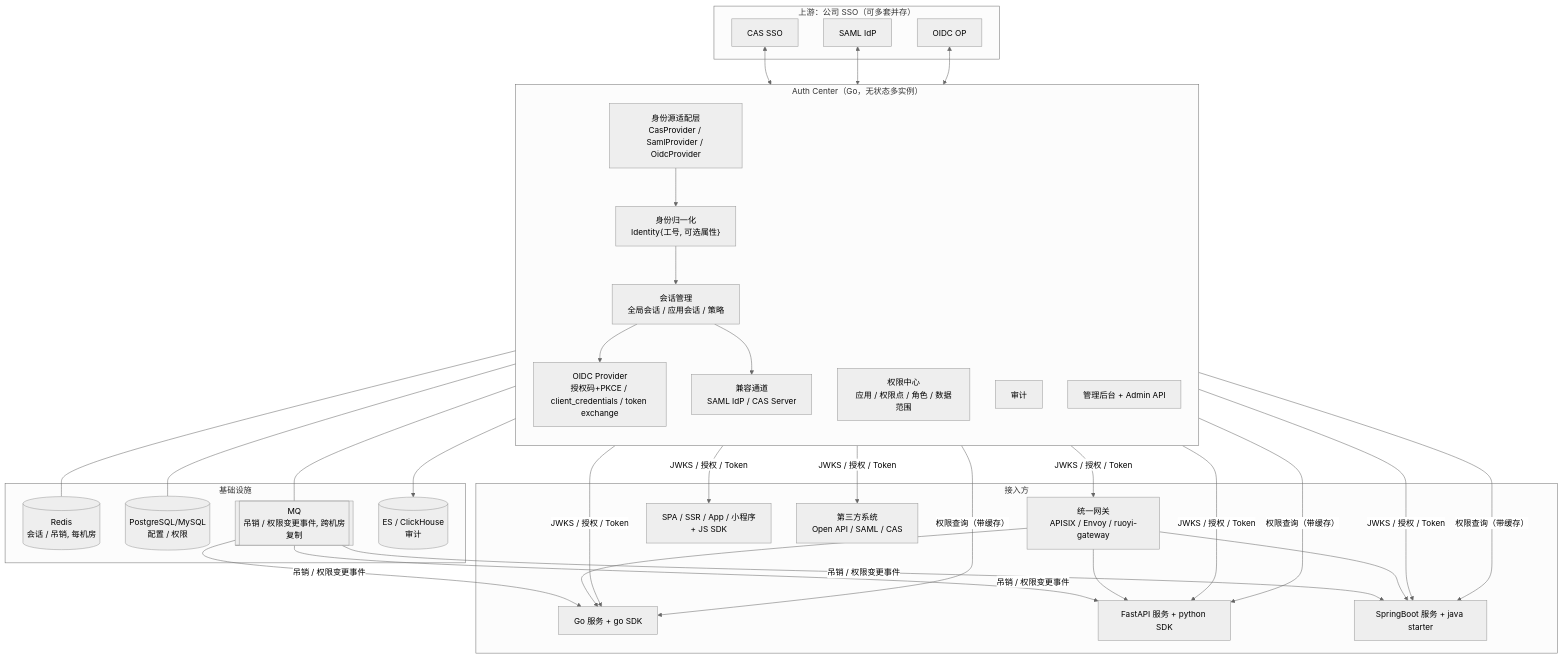
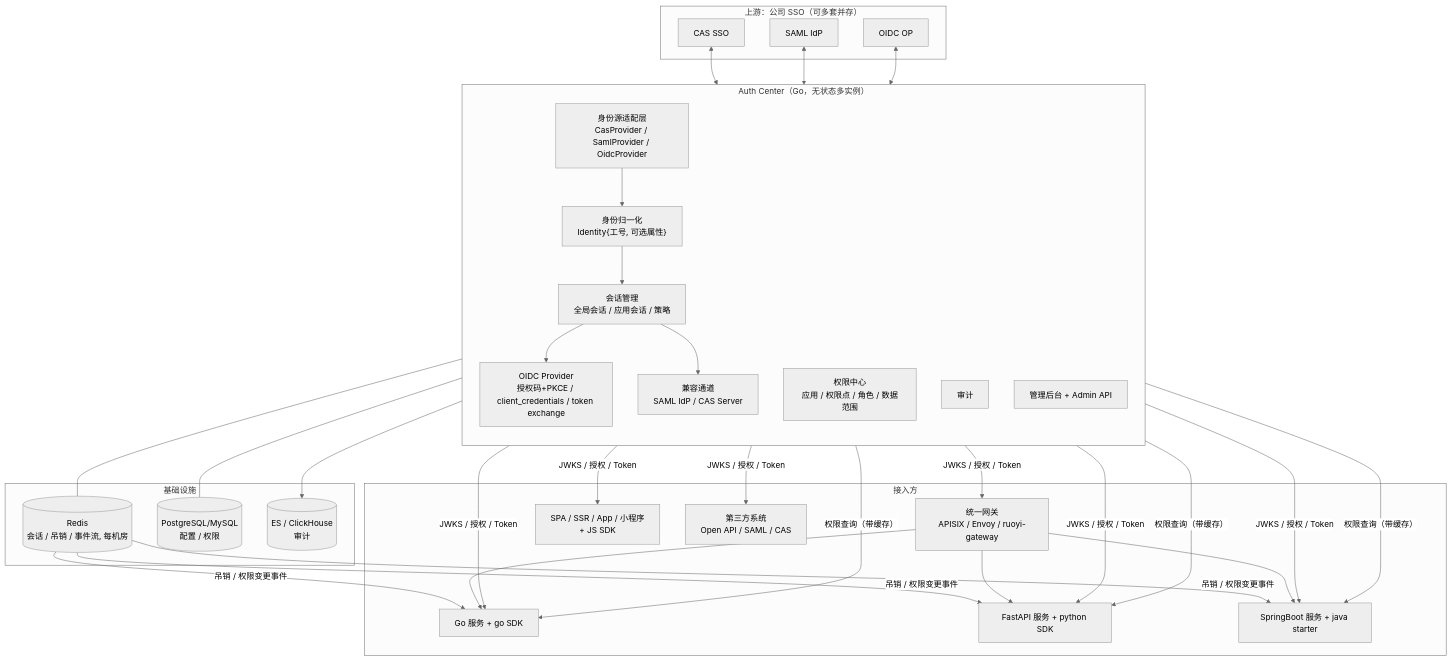
One commit to ygao0928/unified-auth changed the first of 6 diagrams in docs/design.md. Above: the diagram before and after it, drawn with Mermaid (neutral theme). The commit also changed other lines of this file and 4 other files, not shown here.

````diff
--- a/docs/design.md
+++ b/docs/design.md
@@ -57,48 +57,47 @@
 ```mermaid
 flowchart TB
     subgraph Upstream["上游：公司 SSO（可多套并存）"]
         CAS[CAS SSO]
         SAML[SAML IdP]
         OIDC[OIDC OP]
     end
 
     subgraph AC["Auth Center（Go，无状态多实例）"]
         direction TB
         IDP["身份源适配层<br/>CasProvider / SamlProvider / OidcProvider"]
         ID["身份归一化<br/>Identity{工号, 可选属性}"]
         SESS["会话管理<br/>全局会话 / 应用会话 / 策略"]
         OP["OIDC Provider<br/>授权码+PKCE / client_credentials / token exchange"]
         COMPAT["兼容通道<br/>SAML IdP / CAS Server"]
         PERM["权限中心<br/>应用 / 权限点 / 角色 / 数据范围"]
         AUDIT["审计"]
         ADMIN["管理后台 + Admin API"]
         IDP --> ID --> SESS --> OP
         SESS --> COMPAT
     end
 
     CAS & SAML & OIDC <--> IDP
 
     subgraph Infra["基础设施"]
-        RDS[(Redis<br/>会话 / 吊销, 每机房)]
+        RDS[(Redis<br/>会话 / 吊销 / 事件流, 每机房)]
         DB[(PostgreSQL/MySQL<br/>配置 / 权限)]
-        MQ[[MQ<br/>吊销 / 权限变更事件, 跨机房复制]]
         LOG[(ES / ClickHouse<br/>审计)]
     end
 
-    AC --- RDS & DB & MQ
+    AC --- RDS & DB
     AUDIT --> LOG
 
     subgraph Apps["接入方"]
         GW["统一网关<br/>APISIX / Envoy / ruoyi-gateway"]
         GO["Go 服务 + go SDK"]
         PY["FastAPI 服务 + python SDK"]
         JV["SpringBoot 服务 + java starter"]
         FE["SPA / SSR / App / 小程序<br/>+ JS SDK"]
         TP["第三方系统<br/>Open API / SAML / CAS"]
     end
 
     OP -- "JWKS / 授权 / Token" --> GW & GO & PY & JV & FE & TP
-    MQ -- "吊销 / 权限变更事件" --> GO & PY & JV
+    RDS -- "吊销 / 权限变更事件" --> GO & PY & JV
     PERM -- "权限查询（带缓存）" --> GO & PY & JV
     GW --> GO & PY & JV
 ```
````
